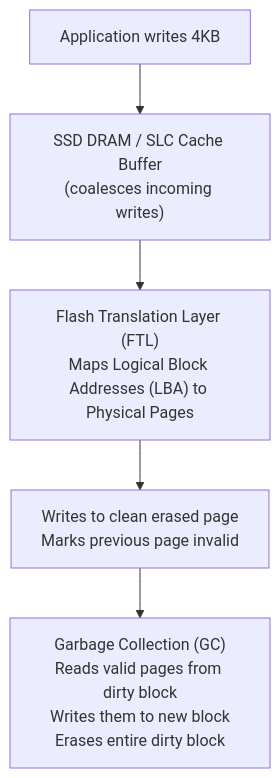
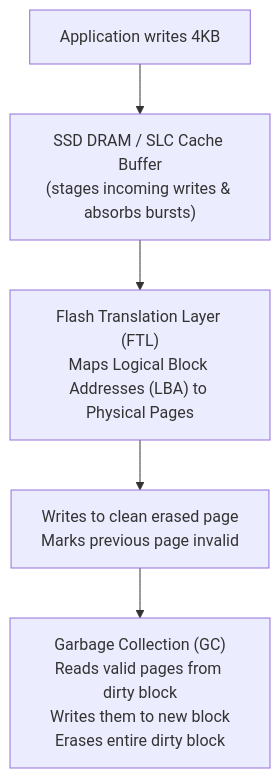
Before and after one commit to Patel-Neel-346/Notes: diagram 15 of 16 in Backend-engineering/2-Communication-patterns/2-Async-and-Sync-Execution/1.Async-Sync-Execution.md, drawn with Mermaid. The commit also changed other lines of this file, not shown here.

````diff
--- a/Backend-engineering/2-Communication-patterns/2-Async-and-Sync-Execution/1.Async-Sync-Execution.md
+++ b/Backend-engineering/2-Communication-patterns/2-Async-and-Sync-Execution/1.Async-Sync-Execution.md
@@ -1173,7 +1209,7 @@
 ```mermaid
 flowchart TD
-    W["Application writes 4KB"] --> SLC["SSD DRAM / SLC Cache Buffer\n(coalesces incoming writes)"]
+    W["Application writes 4KB"] --> SLC["SSD DRAM / SLC Cache Buffer\n(stages incoming writes & absorbs bursts)"]
     SLC --> FTL["Flash Translation Layer (FTL)\nMaps Logical Block Addresses (LBA) to Physical Pages"]
     FTL --> NAND["Writes to clean erased page\nMarks previous page invalid"]
     NAND --> GC["Garbage Collection (GC)\nReads valid pages from dirty block\nWrites them to new block\nErases entire dirty block"]
 ```
````
